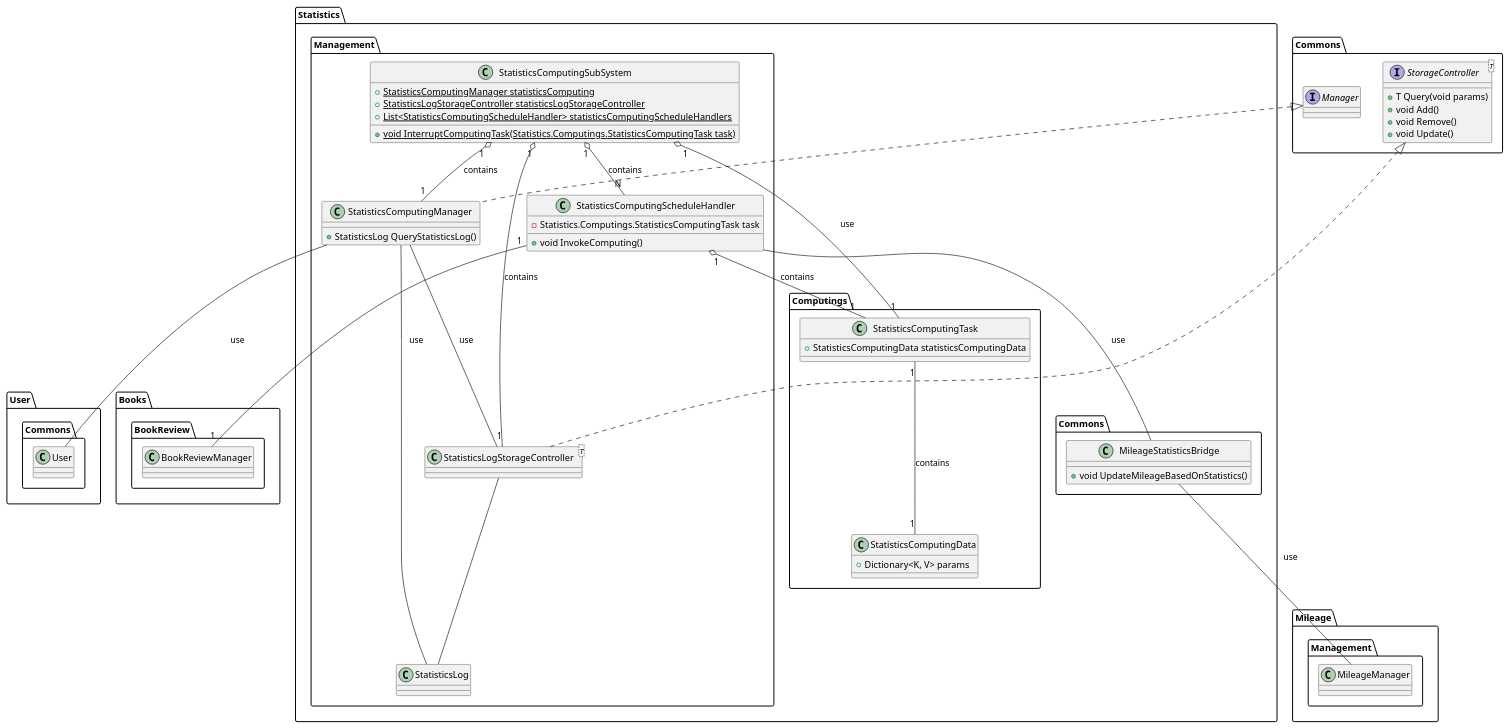
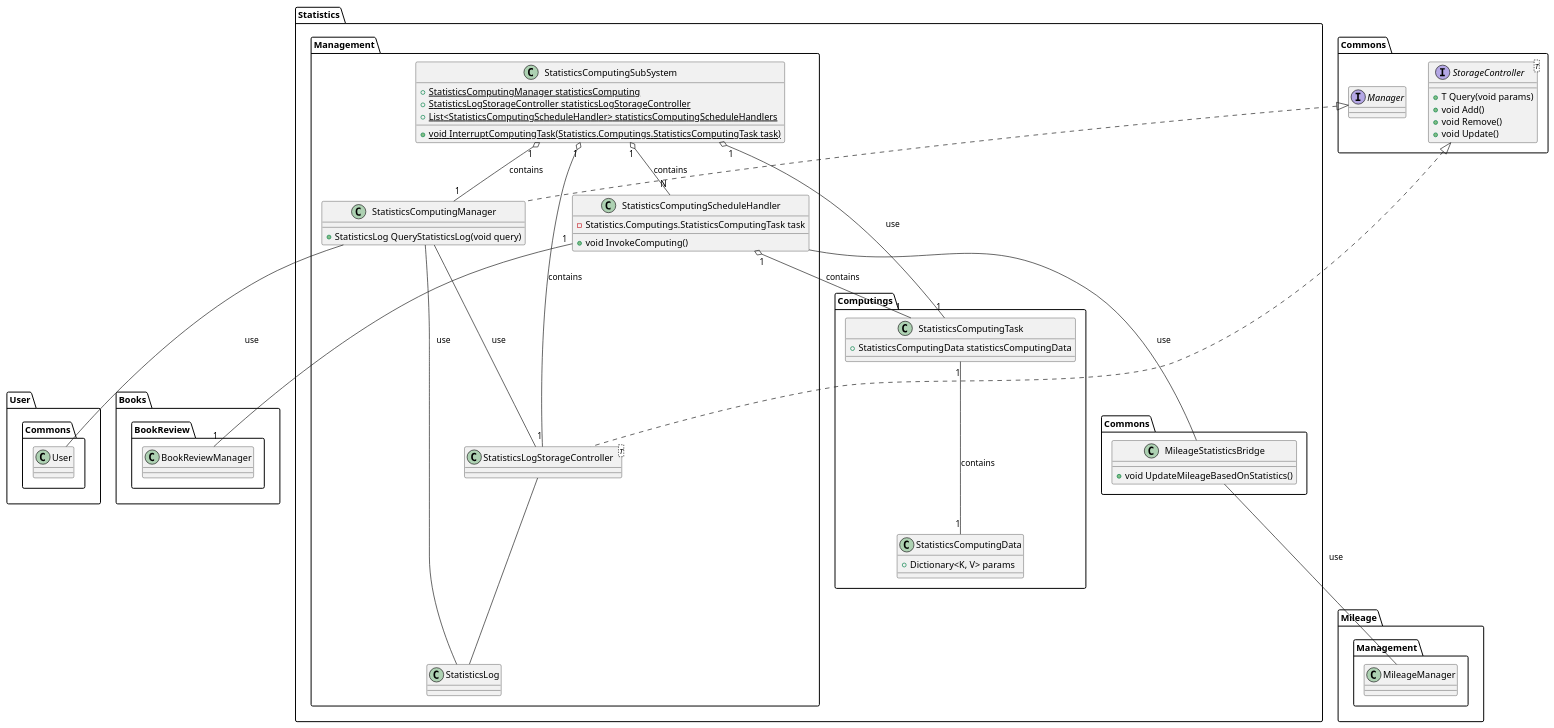
One commit to ShapeLayer/se-lecture-task__project-structure-definitions changed the diagram in src/packages/Statistics.puml. Above: the diagram before and after it, drawn with PlantUML. The commit also changed 2 other files, not shown here.

Commit message:
add void params to RequestQueryBookReviewBlob and QueryStatisticsLog

```diff
--- a/src/packages/Statistics.puml
+++ b/src/packages/Statistics.puml
@@ -1,82 +1,82 @@
 @startuml
 package Commons {
     Interface Manager
     Interface StorageController<T> {
         + T Query(void params)
         + void Add()
         + void Remove()
         + void Update()
     }
 }
 
 
 package User.Commons {
     class User
 }
 package Books.BookReview {
     class BookReviewManager
 }
 package Mileage.Management {
     class MileageManager
 }
 
 
 package Statistics.Commons {
     ' MileageChangeBridge
     class MileageStatisticsBridge {
         + void UpdateMileageBasedOnStatistics()
     }
     MileageStatisticsBridge --- Mileage.Management.MileageManager : use
 }
 
 package Statistics.Computings {
     ' Statistics
     class StatisticsComputingData {
         + Dictionary<K, V> params
     }
 
     class StatisticsComputingTask {
         + StatisticsComputingData statisticsComputingData
     }
 
     StatisticsComputingTask "1" --- "1" StatisticsComputingData : contains
 
 }
 
 package Statistics.Management {
 
     class StatisticsComputingManager implements Commons.Manager {
-        + StatisticsLog QueryStatisticsLog()
+        + StatisticsLog QueryStatisticsLog(void query)
     }
     StatisticsComputingManager --- Statistics.Management.StatisticsLogStorageController : use
     StatisticsComputingManager --- User.Commons.User : use
     StatisticsComputingManager --- StatisticsLog
 
     class StatisticsLog
 
     class StatisticsLogStorageController<T> implements Commons.StorageController {}
     StatisticsLogStorageController --- StatisticsLog
 
     class StatisticsComputingScheduleHandler {
         - Statistics.Computings.StatisticsComputingTask task
         + void InvokeComputing()
     }
 
     StatisticsComputingScheduleHandler "1" --- "1" Books.BookReview.BookReviewManager : use
     StatisticsComputingScheduleHandler "1" o-- "1" Statistics.Computings.StatisticsComputingTask : contains
     StatisticsComputingScheduleHandler --- Statistics.Commons.MileageStatisticsBridge : use
 
     ' StatisticsComputing SubSystem
     class StatisticsComputingSubSystem {
         + {static} StatisticsComputingManager statisticsComputing
         + {static} StatisticsLogStorageController statisticsLogStorageController
         + {static} List<StatisticsComputingScheduleHandler> statisticsComputingScheduleHandlers
         + {static} void InterruptComputingTask(Statistics.Computings.StatisticsComputingTask task)
     }
 
     StatisticsComputingSubSystem "1" o-- "1" StatisticsComputingManager : contains
     StatisticsComputingSubSystem "1" o-- "1" StatisticsLogStorageController : contains
     StatisticsComputingSubSystem "1" o-- "N" StatisticsComputingScheduleHandler : contains
     StatisticsComputingSubSystem "1" o-- "1" Statistics.Computings.StatisticsComputingTask : use
 }
 @enduml
```
